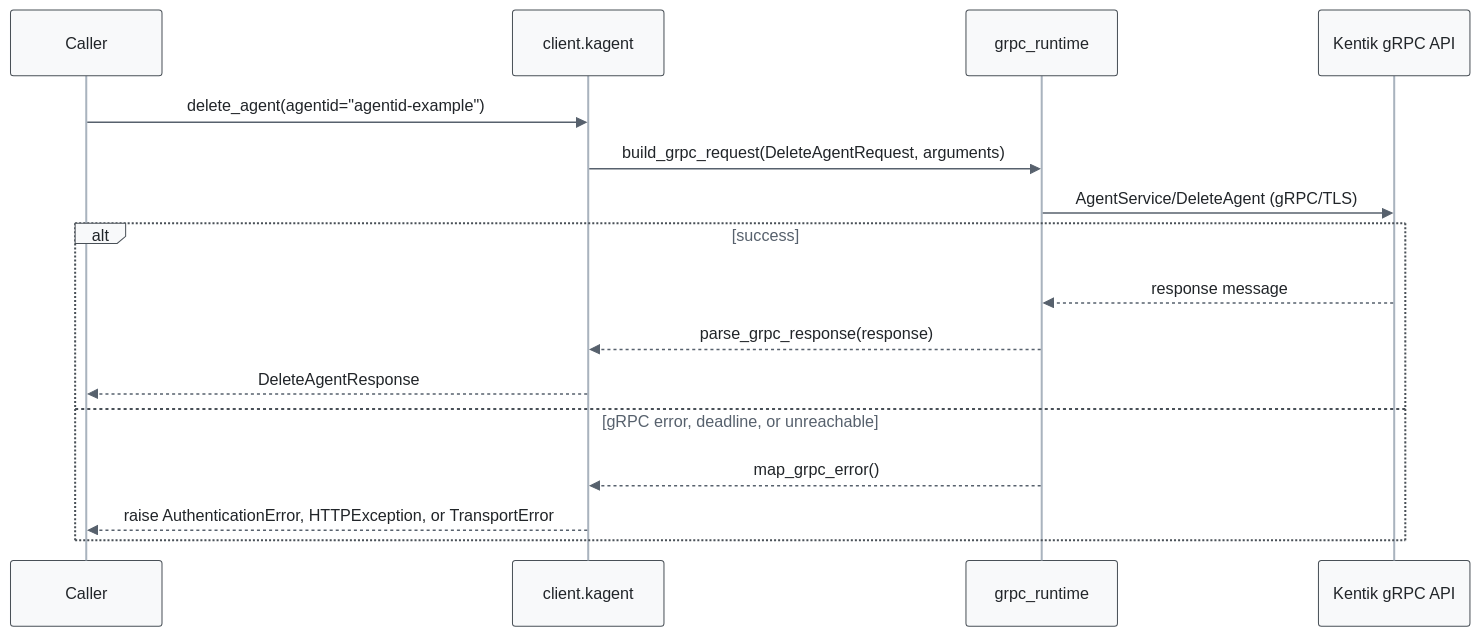
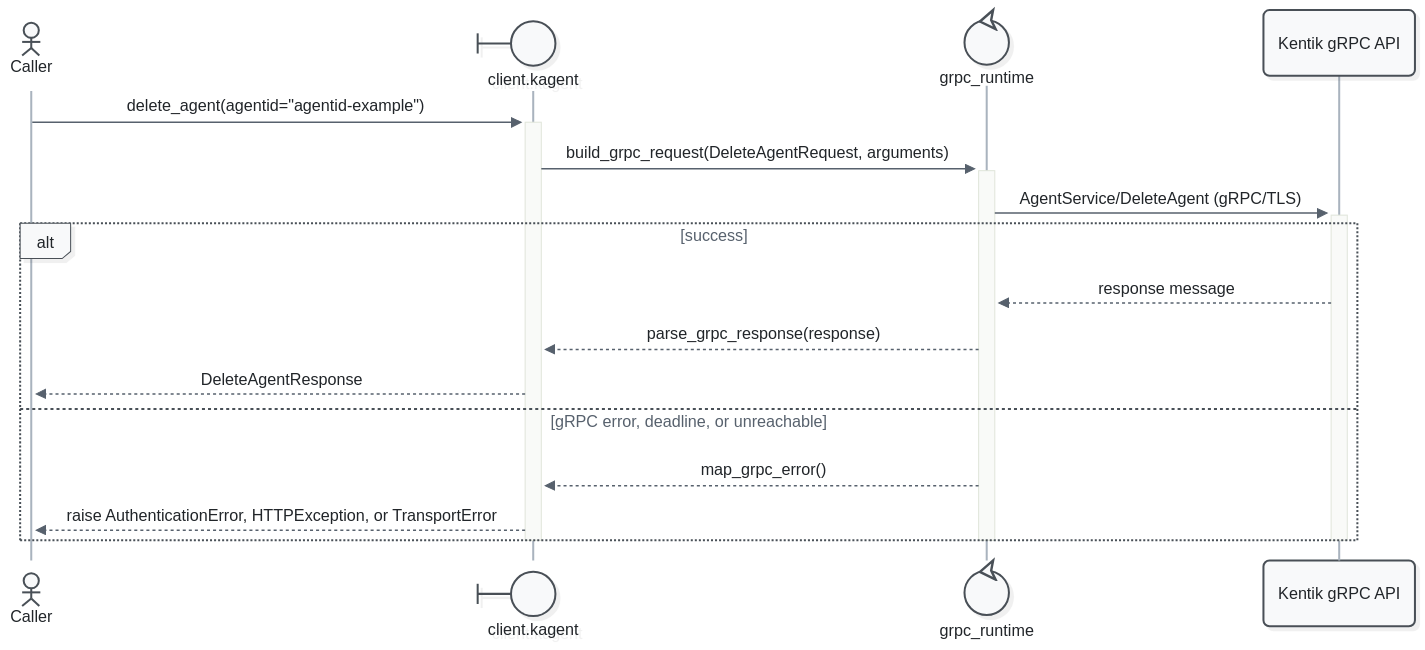
Diagram 14 of 57 in docs/sphinx/services/kagent.md (alexdearaujo/community_sdk_python), drawn with Mermaid before and after one commit. The commit also changed other lines of this file and 52 other files, not shown here.

First line of the commit message:
docs: Mermaid 12 sequence diagrams with participant types and path colors

````diff
--- a/docs/sphinx/services/kagent.md
+++ b/docs/sphinx/services/kagent.md
@@ -533,20 +565,23 @@
 ```mermaid
-%%{init: {"theme": "base", "fontFamily": "ui-monospace, SFMono-Regular, Menlo, monospace", "themeVariables": {"fontFamily": "ui-monospace, SFMono-Regular, Menlo, monospace", "primaryColor": "#f8f9fa", "primaryBorderColor": "#495057", "primaryTextColor": "#212529", "textColor": "#212529", "lineColor": "#77818c", "edgeLabelBackground": "#ffffff", "actorBkg": "#f8f9fa", "actorBorder": "#495057", "actorTextColor": "#212529", "actorLineColor": "#a9b3be", "signalColor": "#57616d", "signalTextColor": "#212529", "labelBoxBkgColor": "#f8f9fa", "labelBoxBorderColor": "#495057", "labelTextColor": "#212529", "loopTextColor": "#57616d", "noteBkgColor": "#fff9db", "noteBorderColor": "#f08c00", "noteTextColor": "#a35a00"}, "flowchart": {"curve": "step", "nodeSpacing": 30, "rankSpacing": 70, "wrappingWidth": 400}}}%%
+%%{init: {"theme": "redux", "look": "neo", "layout": "dagre", "fontFamily": "ui-monospace, SFMono-Regular, Menlo, monospace", "themeVariables": {"fontFamily": "ui-monospace, SFMono-Regular, Menlo, monospace", "primaryColor": "#f8f9fa", "primaryBorderColor": "#495057", "primaryTextColor": "#212529", "textColor": "#212529", "lineColor": "#77818c", "edgeLabelBackground": "#ffffff", "actorBkg": "#f8f9fa", "actorBorder": "#495057", "actorTextColor": "#212529", "actorLineColor": "#a9b3be", "signalColor": "#57616d", "signalTextColor": "#212529", "labelBoxBkgColor": "#f8f9fa", "labelBoxBorderColor": "#495057", "labelTextColor": "#212529", "loopTextColor": "#57616d", "noteBkgColor": "#fff9db", "noteBorderColor": "#f08c00", "noteTextColor": "#a35a00"}, "sequence": {"activationWidth": 16}, "flowchart": {"curve": "step", "nodeSpacing": 30, "rankSpacing": 70, "wrappingWidth": 400}}}%%
 sequenceDiagram
-    participant C as Caller
-    participant W as client.kagent
-    participant R as grpc_runtime
+    actor C as Caller
+    participant W@{ "type": "boundary" } as client.kagent
+    participant R@{ "type": "control" } as grpc_runtime
     participant API as Kentik gRPC API
 
-    C->>W: delete_agent(agentid="agentid-example")
-    W->>R: build_grpc_request(DeleteAgentRequest, arguments)
-    R->>API: AgentService/DeleteAgent (gRPC/TLS)
+    C->>+W: delete_agent(agentid="agentid-example")
+    W->>+R: build_grpc_request(DeleteAgentRequest, arguments)
+    R->>+API: AgentService/DeleteAgent (gRPC/TLS)
     alt success
         API-->>R: response message
         R-->>W: parse_grpc_response(response)
         W-->>C: DeleteAgentResponse
     else gRPC error, deadline, or unreachable
         R-->>W: map_grpc_error()
         W-->>C: raise AuthenticationError, HTTPException, or TransportError
     end
+    deactivate API
+    deactivate R
+    deactivate W
 ```
````
